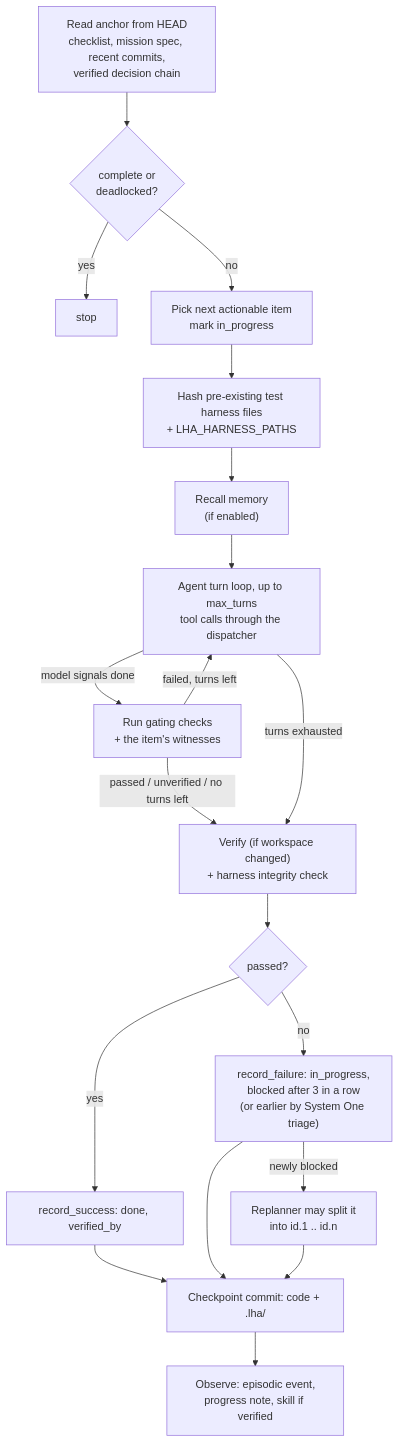
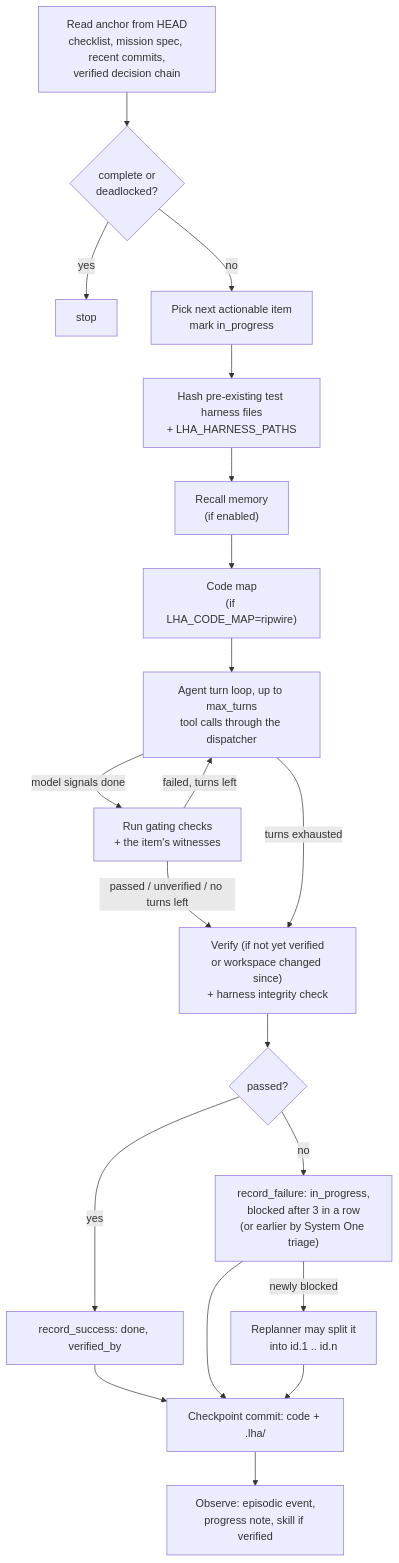
One commit to calvinchengx/long-horizon-agent changed the fourth of 4 diagrams in docs/05-architecture.md. Above: the diagram before and after it, drawn with Mermaid. The commit also changed other lines of this file and 23 other files, not shown here.

````diff
--- a/docs/05-architecture.md
+++ b/docs/05-architecture.md
@@ -312,21 +320,22 @@
 ```mermaid
 flowchart TD
     A["Read anchor from HEAD<br/>checklist, mission spec, recent commits,<br/>verified decision chain"] --> B{"complete or<br/>deadlocked?"}
     B -- yes --> Z["stop"]
     B -- no --> C["Pick next actionable item<br/>mark in_progress"]
     C --> D["Hash pre-existing test harness files<br/>+ LHA_HARNESS_PATHS"]
     D --> M["Recall memory<br/>(if enabled)"]
-    M --> E["Agent turn loop, up to max_turns<br/>tool calls through the dispatcher"]
+    M --> CM["Code map<br/>(if LHA_CODE_MAP=ripwire)"]
+    CM --> E["Agent turn loop, up to max_turns<br/>tool calls through the dispatcher"]
     E -- "model signals done" --> F["Run gating checks<br/>+ the item's witnesses"]
     F -- failed, turns left --> E
     F -- "passed / unverified / no turns left" --> G
-    E -- "turns exhausted" --> G["Verify (if workspace changed)<br/>+ harness integrity check"]
+    E -- "turns exhausted" --> G["Verify (if not yet verified<br/>or workspace changed since)<br/>+ harness integrity check"]
     G --> H{"passed?"}
     H -- yes --> I["record_success: done, verified_by"]
     H -- no --> J["record_failure: in_progress,<br/>blocked after 3 in a row<br/>(or earlier by System One triage)"]
     J -- "newly blocked" --> S["Replanner may split it<br/>into id.1 .. id.n"]
     I --> K["Checkpoint commit: code + .lha/"]
     J --> K
     S --> K
     K --> O["Observe: episodic event,<br/>progress note, skill if verified"]
 ```
````
